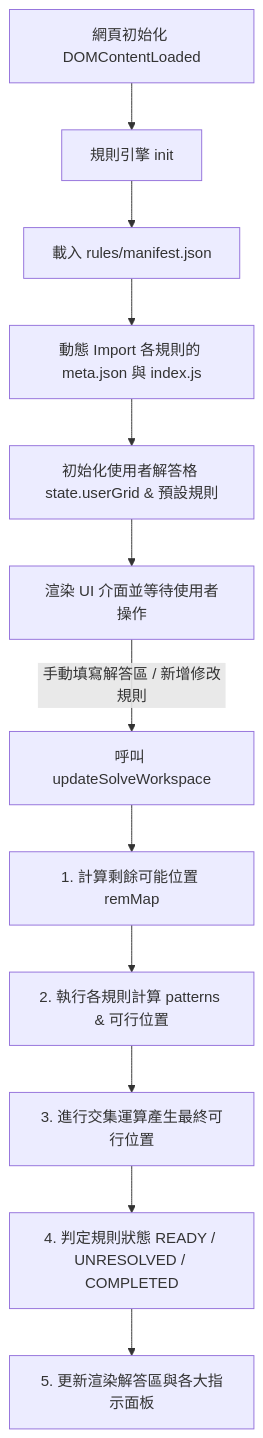
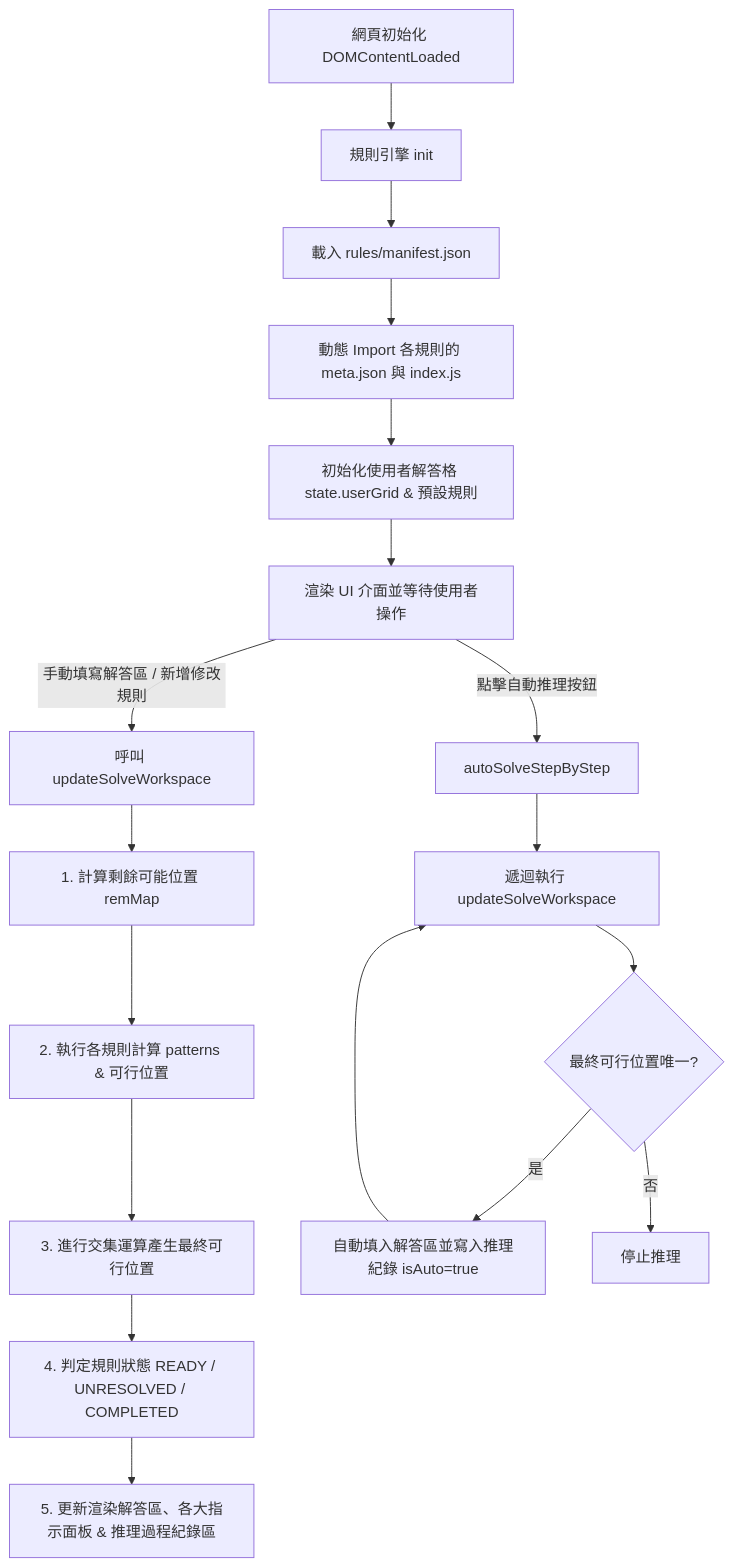
The diagram in README.md (ohayowu314/zebra-riddle-solver), drawn with Mermaid before and after one commit. The commit also changed other lines of this file and 1 other file, not shown here.

First line of the commit message:
docs: update README to document reasoning history feature and auto-solve flow

````diff
--- a/README.md
+++ b/README.md
@@ -27,15 +27,22 @@
 ```mermaid
 graph TD
     A[網頁初始化 DOMContentLoaded] --> B[規則引擎 init]
     B --> C[載入 rules/manifest.json]
     C --> D[動態 Import 各規則的 meta.json 與 index.js]
     D --> E[初始化使用者解答格 state.userGrid & 預設規則]
     E --> F[渲染 UI 介面並等待使用者操作]
     
     F -->|手動填寫解答區 / 新增修改規則| G[呼叫 updateSolveWorkspace]
     G --> H[1. 計算剩餘可能位置 remMap]
     H --> I[2. 執行各規則計算 patterns & 可行位置]
     I --> J[3. 進行交集運算產生最終可行位置]
     J --> K[4. 判定規則狀態 READY / UNRESOLVED / COMPLETED]
-    K --> L[5. 更新渲染解答區與各大指示面板]
+    K --> L[5. 更新渲染解答區、各大指示面板 & 推理過程紀錄區]
+
+    F -->|點擊自動推理按鈕| M[autoSolveStepByStep]
+    M --> N[遞迴執行 updateSolveWorkspace]
+    N --> O{最終可行位置唯一?}
+    O -->|是| P[自動填入解答區並寫入推理紀錄 isAuto=true]
+    O -->|否| Q[停止推理]
+    P --> N
 ```
````
